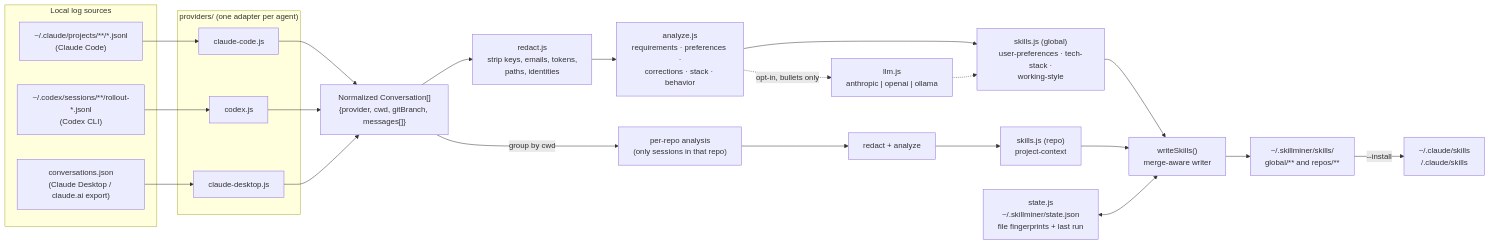
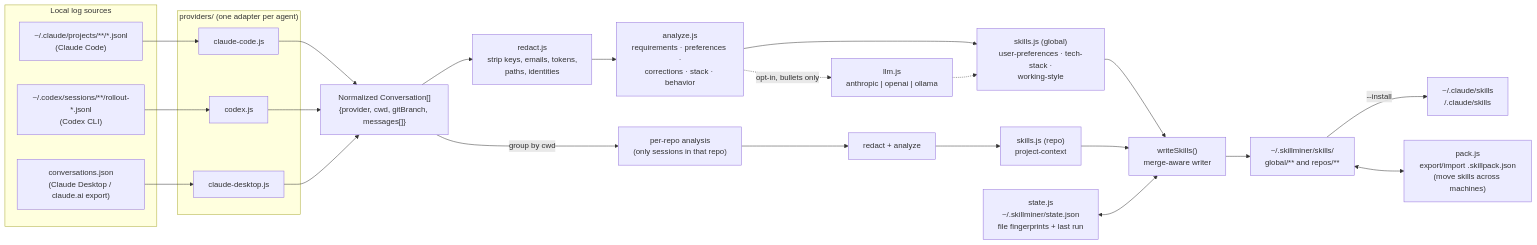
One commit to Shashwatj0809/skillminer changed the first of 2 diagrams in docs/ARCHITECTURE.md. Above: the diagram before and after it, drawn with Mermaid. The commit also changed other lines of this file and 6 other files, not shown here.

First line of the commit message:
Add portable skill packs: export/import .skillpack.json

````diff
--- a/docs/ARCHITECTURE.md
+++ b/docs/ARCHITECTURE.md
@@ -9,35 +9,36 @@
 ```mermaid
 flowchart LR
     subgraph Sources["Local log sources"]
         CC["~/.claude/projects/**/*.jsonl\n(Claude Code)"]
         CX["~/.codex/sessions/**/rollout-*.jsonl\n(Codex CLI)"]
         CD["conversations.json\n(Claude Desktop / claude.ai export)"]
     end
 
     subgraph Providers["providers/ (one adapter per agent)"]
         P1[claude-code.js]
         P2[codex.js]
         P3[claude-desktop.js]
     end
 
     CC --> P1
     CX --> P2
     CD --> P3
 
     P1 & P2 & P3 --> N["Normalized Conversation[]\n{provider, cwd, gitBranch, messages[]}"]
 
     N --> R["redact.js\nstrip keys, emails, tokens,\npaths, identities"]
     R --> A["analyze.js\nrequirements · preferences ·\ncorrections · stack · behavior"]
     A --> G["skills.js (global)\nuser-preferences · tech-stack ·\nworking-style"]
     N -- "group by cwd" --> RG["per-repo analysis\n(only sessions in that repo)"]
     RG --> R2["redact + analyze"] --> PS["skills.js (repo)\nproject-context"]
 
     A -. "opt-in, bullets only" .-> LLM["llm.js\nanthropic | openai | ollama"]
     LLM -.-> G
 
     G & PS --> W["writeSkills()\nmerge-aware writer"]
     W --> OUT["~/.skillminer/skills/\nglobal/** and repos/**"]
     OUT -- "--install" --> CLAUDE["~/.claude/skills\n<repo>/.claude/skills"]
+    OUT <--> PK["pack.js\nexport/import .skillpack.json\n(move skills across machines)"]
 
     ST["state.js\n~/.skillminer/state.json\nfile fingerprints + last run"] <--> W
 ```
````
